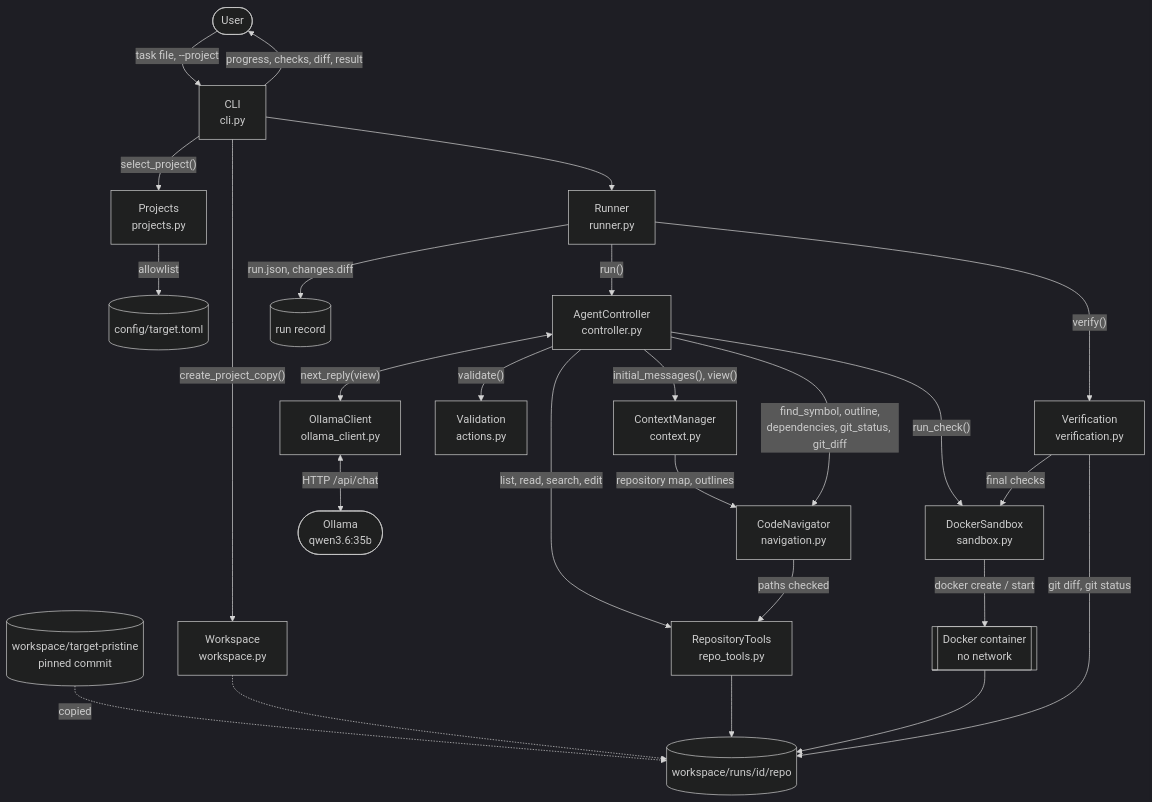
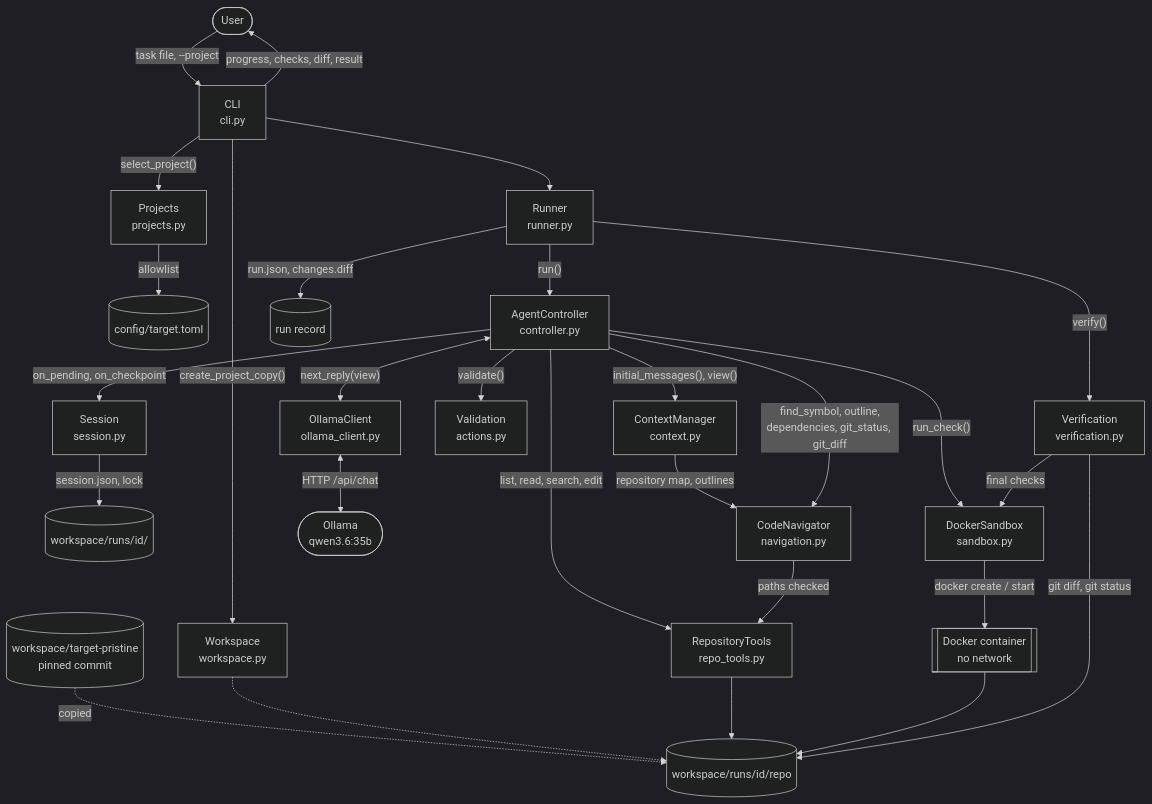
One commit to linda-gan/swe25-aaia-coding-harness changed the first of 6 diagrams in README.md. Above: the diagram before and after it, drawn with Mermaid (dark theme). The commit also changed other lines of this file and 6 other files, not shown here.

````diff
--- a/README.md
+++ b/README.md
@@ -189,28 +201,30 @@
 ```mermaid
 flowchart TB
     User(["User"]) -->|"task file, --project"| CLI["CLI<br/>cli.py"]
     CLI -->|"select_project()"| Projects["Projects<br/>projects.py"]
     Projects -->|"allowlist"| Config[("config/target.toml")]
     CLI --> Runner["Runner<br/>runner.py"]
     CLI -->|"create_project_copy()"| Workspace["Workspace<br/>workspace.py"]
     Pristine[("workspace/target-pristine<br/>pinned commit")] -.->|"copied"| Copy[("workspace/runs/id/repo")]
     Workspace -.-> Copy
     Runner -->|"run()"| Controller["AgentController<br/>controller.py"]
+    Controller -->|"on_pending, on_checkpoint"| Session["Session<br/>session.py"]
+    Session -->|"session.json, lock"| SessionFiles[("workspace/runs/id/")]
     Controller -->|"initial_messages(), view()"| Context["ContextManager<br/>context.py"]
     Context -->|"repository map, outlines"| Navigator
     Controller <-->|"next_reply(view)"| Client["OllamaClient<br/>ollama_client.py"]
     Client <-->|"HTTP /api/chat"| Ollama(["Ollama<br/>qwen3.6:35b"])
     Controller -->|"validate()"| Actions["Validation<br/>actions.py"]
     Controller -->|"list, read, search, edit"| Tools["RepositoryTools<br/>repo_tools.py"]
     Controller -->|"find_symbol, outline,<br/>dependencies, git_status, git_diff"| Navigator["CodeNavigator<br/>navigation.py"]
     Navigator -->|"paths checked"| Tools
     Controller -->|"run_check()"| Sandbox["DockerSandbox<br/>sandbox.py"]
     Tools --> Copy
     Sandbox -->|"docker create / start"| Container[["Docker container<br/>no network"]]
     Container --> Copy
     Runner -->|"verify()"| Verification["Verification<br/>verification.py"]
     Verification -->|"final checks"| Sandbox
     Verification -->|"git diff, git status"| Copy
     Runner -->|"run.json, changes.diff"| Record[("run record")]
     CLI -->|"progress, checks, diff, result"| User
 ```
````
